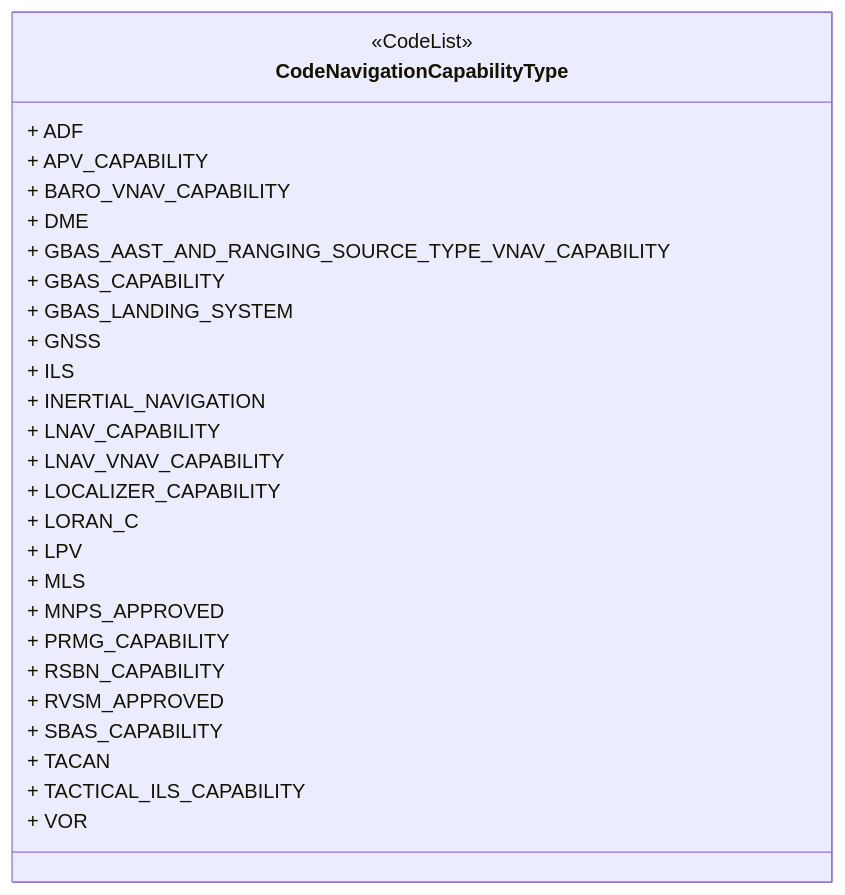
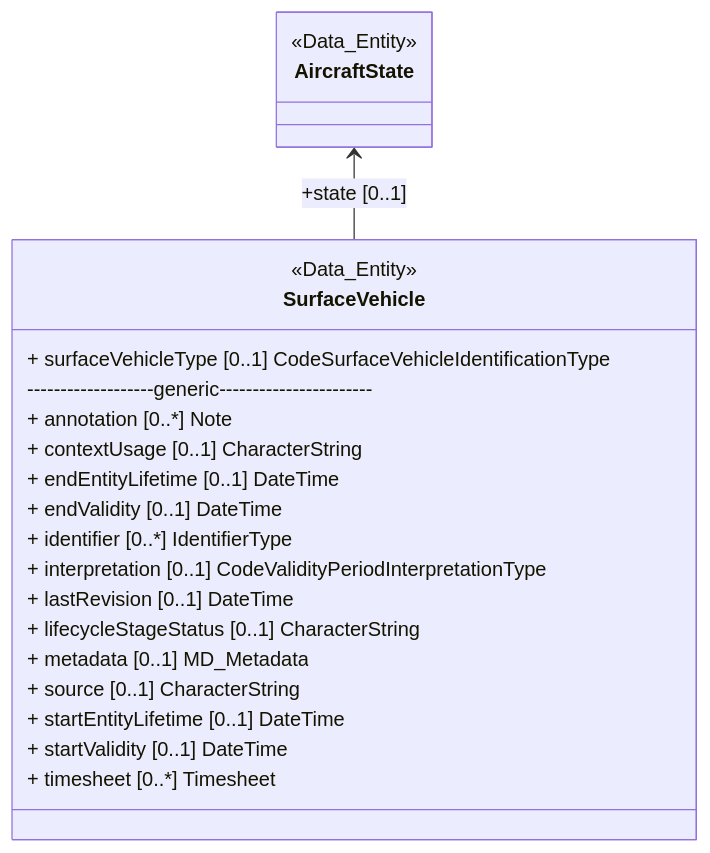
Diagram 19 of 46 in README.md (hlepori/testAIRM), drawn with Mermaid before and after one commit. The commit also changed other lines of this file, not shown here.

````diff
--- a/README.md
+++ b/README.md
@@ -473,30 +546,25 @@
 ```mermaid	
 classDiagram	
-class CodeNavigationCapabilityType	
-<<CodeList>> CodeNavigationCapabilityType	
-link CodeNavigationCapabilityType "https://airm.aero/developers/advanced-search/1.0.0/CodeNavigationCapabilityType?model=LogicalModel" "Go to definition"	
-CodeNavigationCapabilityType : + ADF	
-CodeNavigationCapabilityType : + APV_CAPABILITY	
-CodeNavigationCapabilityType : + BARO_VNAV_CAPABILITY	
-CodeNavigationCapabilityType : + DME	
-CodeNavigationCapabilityType : + GBAS_AAST_AND_RANGING_SOURCE_TYPE_VNAV_CAPABILITY	
-CodeNavigationCapabilityType : + GBAS_CAPABILITY	
-CodeNavigationCapabilityType : + GBAS_LANDING_SYSTEM	
-CodeNavigationCapabilityType : + GNSS	
-CodeNavigationCapabilityType : + ILS	
-CodeNavigationCapabilityType : + INERTIAL_NAVIGATION	
-CodeNavigationCapabilityType : + LNAV_CAPABILITY	
-CodeNavigationCapabilityType : + LNAV_VNAV_CAPABILITY	
-CodeNavigationCapabilityType : + LOCALIZER_CAPABILITY	
-CodeNavigationCapabilityType : + LORAN_C	
-CodeNavigationCapabilityType : + LPV	
-CodeNavigationCapabilityType : + MLS	
-CodeNavigationCapabilityType : + MNPS_APPROVED	
-CodeNavigationCapabilityType : + PRMG_CAPABILITY	
-CodeNavigationCapabilityType : + RSBN_CAPABILITY	
-CodeNavigationCapabilityType : + RVSM_APPROVED	
-CodeNavigationCapabilityType : + SBAS_CAPABILITY	
-CodeNavigationCapabilityType : + TACAN	
-CodeNavigationCapabilityType : + TACTICAL_ILS_CAPABILITY	
-CodeNavigationCapabilityType : + VOR	
+class SurfaceVehicle	
+<<Data_Entity>> SurfaceVehicle	
+link SurfaceVehicle "https://airm.aero/developers/advanced-search/1.0.0/SurfaceVehicle?model=LogicalModel" "Go to definition"	
+SurfaceVehicle : + surfaceVehicleType [0..1] CodeSurfaceVehicleIdentificationType	
+class AircraftState	
+<<Data_Entity>> AircraftState	
+link AircraftState "https://airm.aero/developers/advanced-search/1.0.0/AircraftState?model=LogicalModel" "Go to definition"	
+AircraftState <-- SurfaceVehicle : +state [0..1]	
+SurfaceVehicle: -------------------generic-----------------------	
+SurfaceVehicle : + annotation [0..*] Note	
+SurfaceVehicle : + contextUsage [0..1] CharacterString	
+SurfaceVehicle : + endEntityLifetime [0..1] DateTime	
+SurfaceVehicle : + endValidity [0..1] DateTime	
+SurfaceVehicle : + identifier [0..*] IdentifierType	
+SurfaceVehicle : + interpretation [0..1] CodeValidityPeriodInterpretationType	
+SurfaceVehicle : + lastRevision [0..1] DateTime	
+SurfaceVehicle : + lifecycleStageStatus [0..1] CharacterString	
+SurfaceVehicle : + metadata [0..1] MD_Metadata	
+SurfaceVehicle : + source [0..1] CharacterString	
+SurfaceVehicle : + startEntityLifetime [0..1] DateTime	
+SurfaceVehicle : + startValidity [0..1] DateTime	
+SurfaceVehicle : + timesheet [0..*] Timesheet	
 ```	
````
